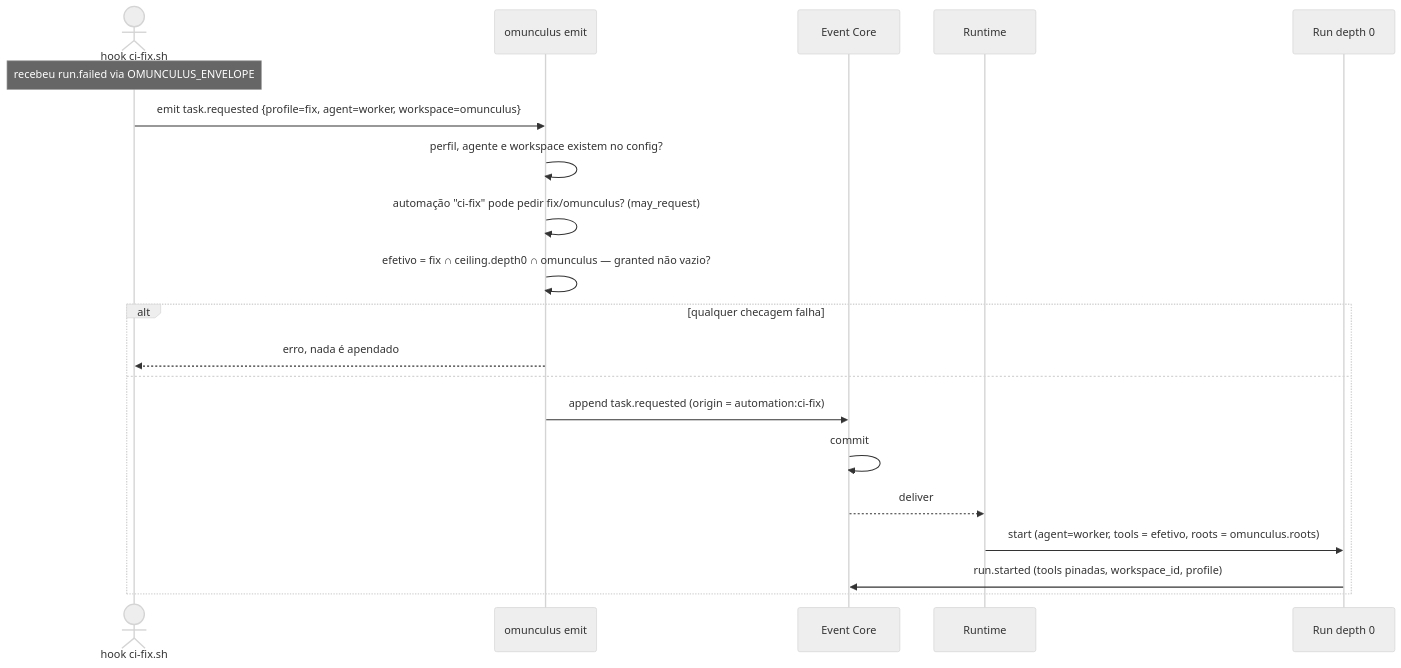
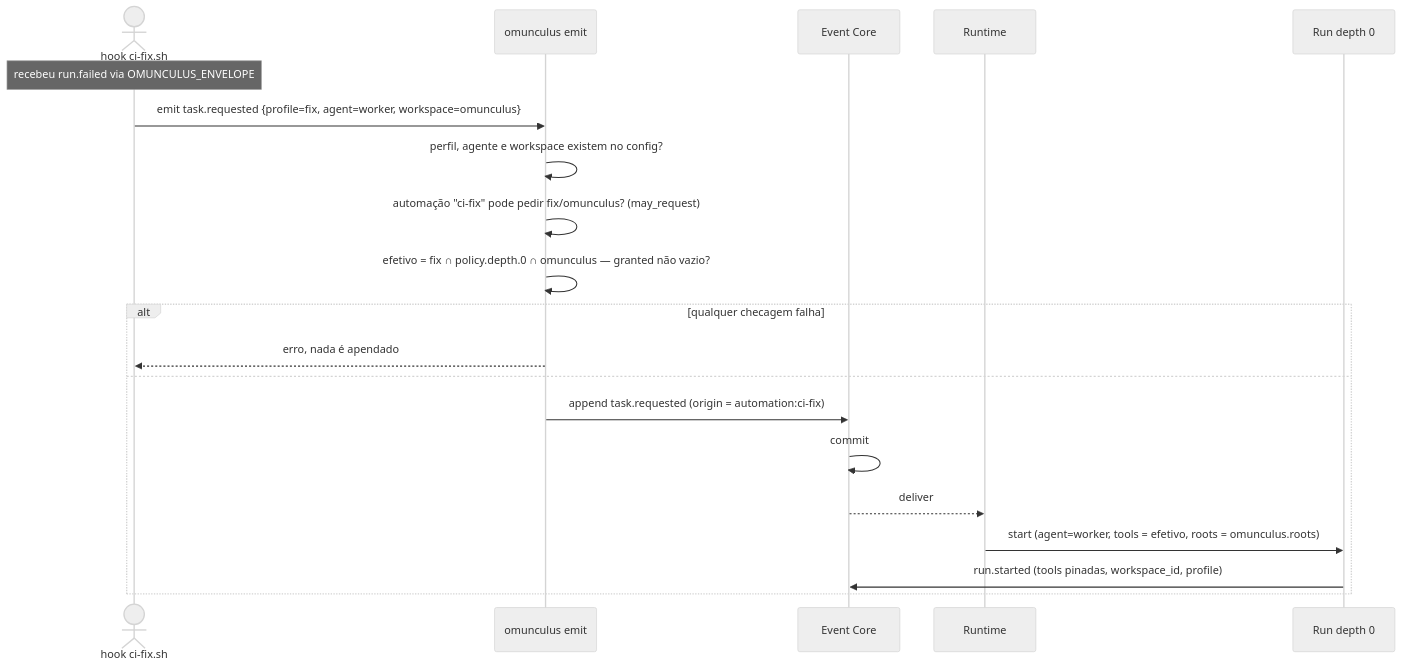
One commit to This-Is-NPC/omunculus changed the fifth of 5 diagrams in docs/to-be/tool-policy.md. Above: the diagram before and after it, drawn with Mermaid (neutral theme). The commit also changed other lines of this file and 7 other files, not shown here.

````diff
--- a/docs/to-be/tool-policy.md
+++ b/docs/to-be/tool-policy.md
@@ -352,23 +351,23 @@
 ```mermaid
 sequenceDiagram
     actor H as hook ci-fix.sh
     participant CLI as omunculus emit
     participant EC as Event Core
     participant RT as Runtime
     participant R as Run depth 0
 
     Note over H: recebeu run.failed via OMUNCULUS_ENVELOPE
     H->>CLI: emit task.requested {profile=fix, agent=worker, workspace=omunculus}
     CLI->>CLI: perfil, agente e workspace existem no config?
     CLI->>CLI: automação "ci-fix" pode pedir fix/omunculus? (may_request)
-    CLI->>CLI: efetivo = fix ∩ ceiling.depth0 ∩ omunculus — granted não vazio?
+    CLI->>CLI: efetivo = fix ∩ policy.depth.0 ∩ omunculus — granted não vazio?
     alt qualquer checagem falha
         CLI-->>H: erro, nada é apendado
     else
         CLI->>EC: append task.requested (origin = automation:ci-fix)
         EC->>EC: commit
         EC-->>RT: deliver
         RT->>R: start (agent=worker, tools = efetivo, roots = omunculus.roots)
         R->>EC: run.started (tools pinadas, workspace_id, profile)
     end
 ```
````
